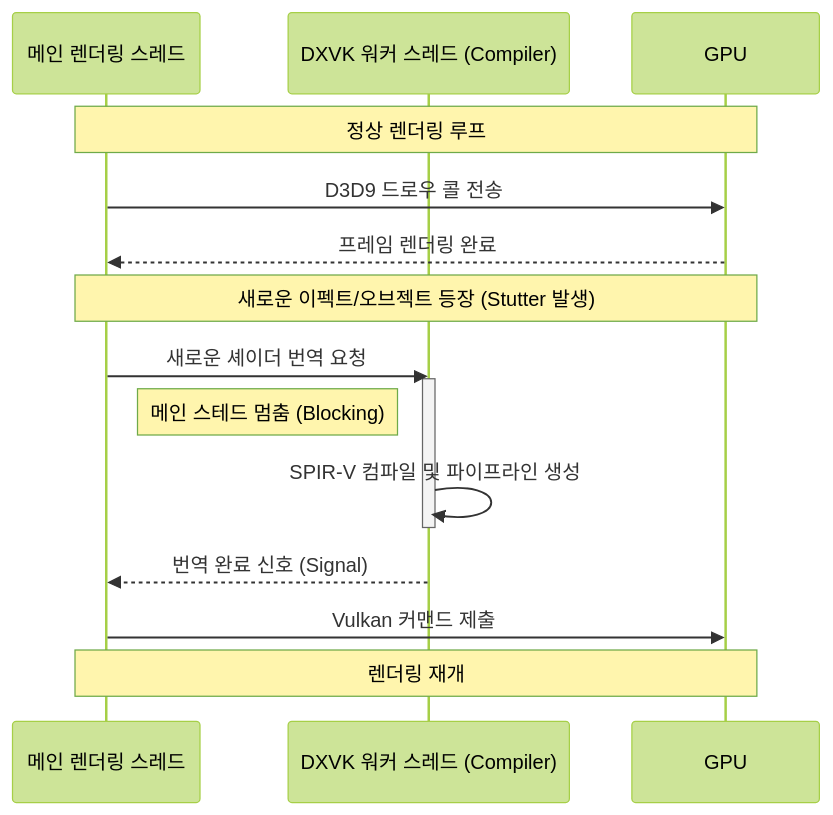
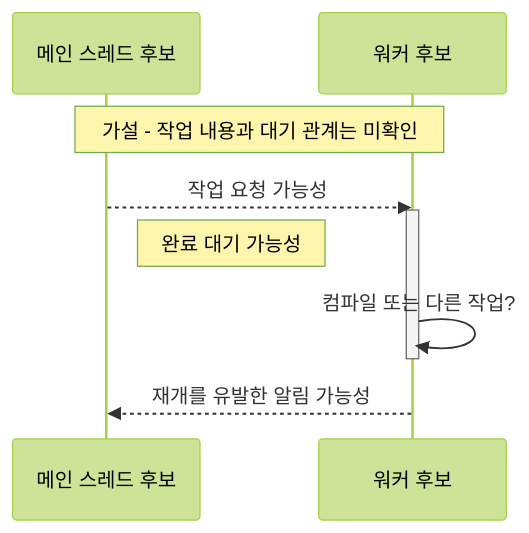
Before and after one commit to Saususge/vercel-blog: the diagram in src/data/blog/mabi-dxvk-profile.mdx, drawn with Mermaid (forest theme). The commit also changed other lines of this file and 1 other file, not shown here.

Commit message:
docs: distinguish DXVK observations from causal hypotheses

````diff
--- a/src/data/blog/mabi-dxvk-profile.mdx
+++ b/src/data/blog/mabi-dxvk-profile.mdx
@@ -40,21 +42,13 @@
 ```mermaid
 sequenceDiagram
-    participant M as 메인 렌더링 스레드
-    participant W as DXVK 워커 스레드 (Compiler)
-    participant G as GPU
+    participant M as 메인 스레드 후보
+    participant W as 워커 후보
 
-    Note over M, G: 정상 렌더링 루프
-    M->>G: D3D9 드로우 콜 전송
-    G-->>M: 프레임 렌더링 완료
-
-    Note over M, G: 새로운 이펙트/오브젝트 등장 (Stutter 발생)
-    M->>W: 새로운 셰이더 번역 요청
+    Note over M, W: 가설 - 작업 내용과 대기 관계는 미확인
+    M-->>W: 작업 요청 가능성
     activate W
-    Note right of M: 메인 스테드 멈춤 (Blocking)
-    W->>W: SPIR-V 컴파일 및 파이프라인 생성
+    Note right of M: 완료 대기 가능성
+    W->>W: 컴파일 또는 다른 작업?
     deactivate W
-
-    W-->>M: 번역 완료 신호 (Signal)
-    M->>G: Vulkan 커맨드 제출
-    Note over M, G: 렌더링 재개
+    W-->>M: 재개를 유발한 알림 가능성
 ```
````
